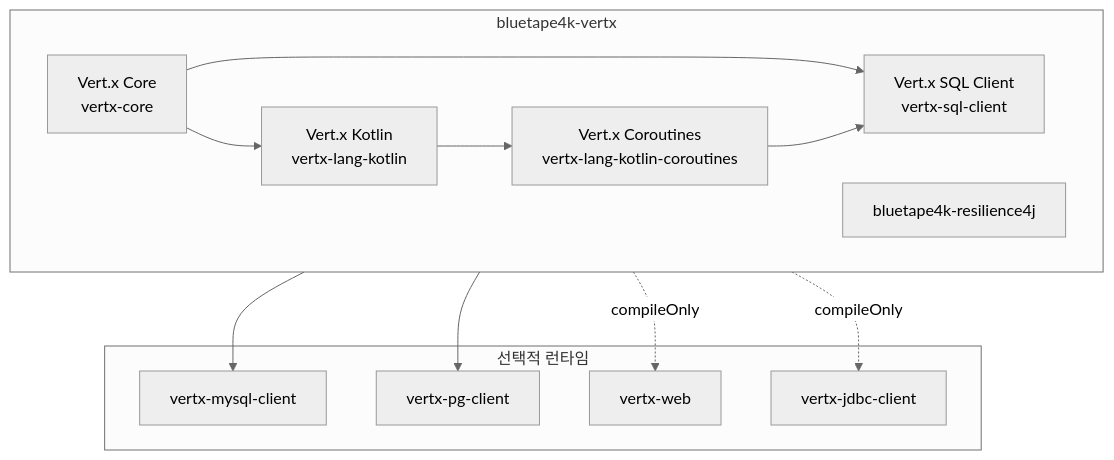
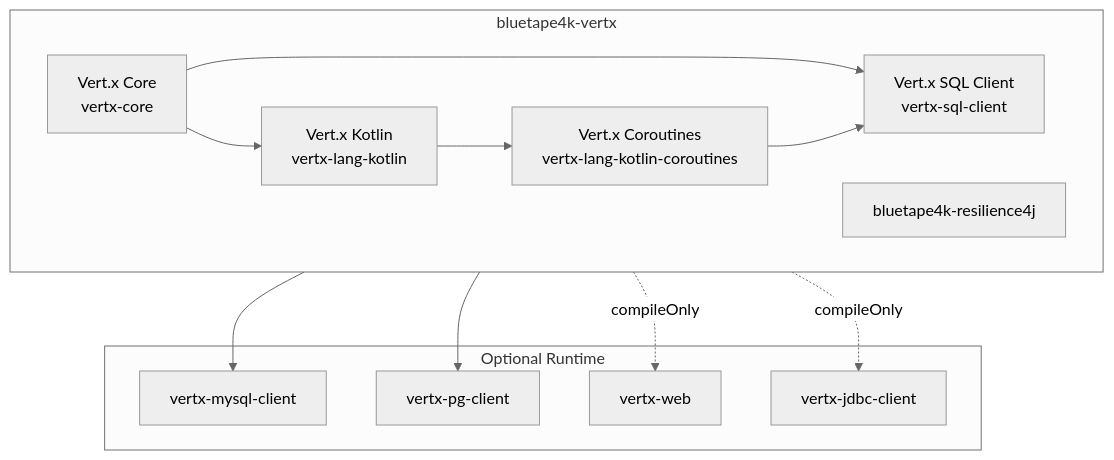
The first of 4 diagrams in io/vertx/README.md (bluetape4k/bluetape4k-projects), drawn with Mermaid (neutral theme) before and after one commit. The commit also changed other lines of this file and 265 other files, not shown here.

````diff
--- a/io/vertx/README.md
+++ b/io/vertx/README.md
@@ -66,25 +68,25 @@
 ```mermaid
 flowchart TD
     subgraph bluetape4k-vertx
         CORE[Vert.x Core<br/>vertx-core]
         KOTLIN[Vert.x Kotlin<br/>vertx-lang-kotlin]
         COROUTINES[Vert.x Coroutines<br/>vertx-lang-kotlin-coroutines]
         SQL[Vert.x SQL Client<br/>vertx-sql-client]
         R4J[bluetape4k-resilience4j]
     end
 
-    subgraph 선택적 런타임
+    subgraph OptionalRuntime["Optional Runtime"]
         MYSQL[vertx-mysql-client]
         PG[vertx-pg-client]
         WEB[vertx-web]
         JDBC[vertx-jdbc-client]
     end
 
     CORE --> KOTLIN --> COROUTINES
     CORE --> SQL
     COROUTINES --> SQL
     bluetape4k-vertx --> MYSQL
     bluetape4k-vertx --> PG
     bluetape4k-vertx -.->|compileOnly| WEB
     bluetape4k-vertx -.->|compileOnly| JDBC
 ```
````
